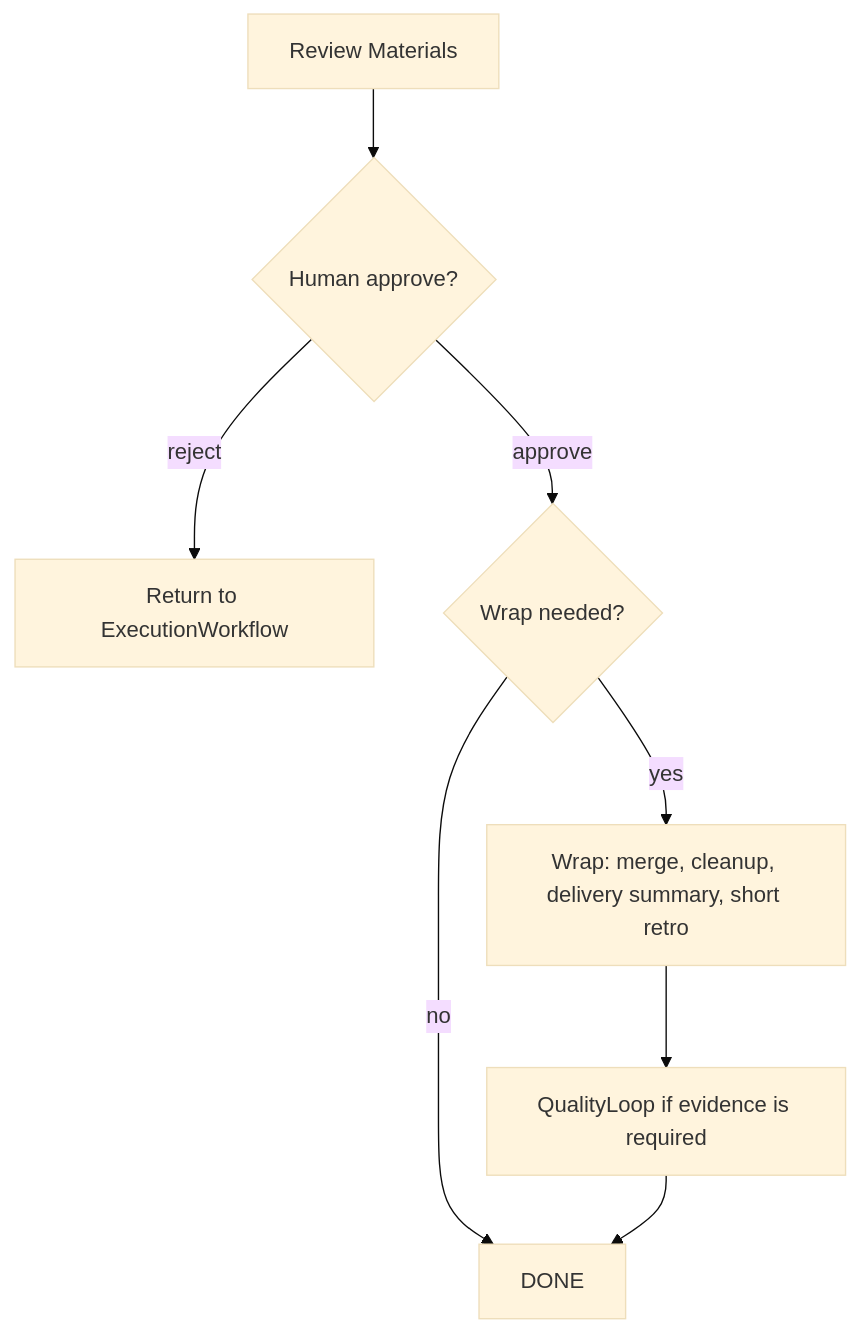
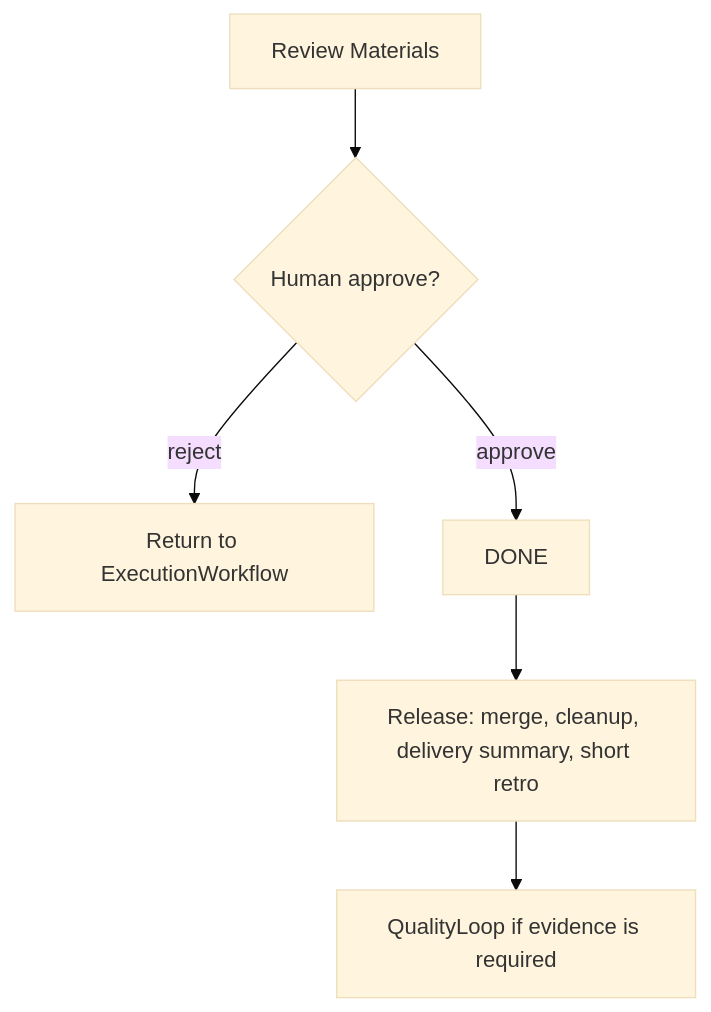
The eighth of 10 diagrams in docs/grimo/references/grimo-agent-workflow-definition.md (samzhu/grimoAPP), drawn with Mermaid (base theme) before and after one commit. The commit also changed other lines of this file and 26 other files, not shown here.

````diff
--- a/docs/grimo/references/grimo-agent-workflow-definition.md
+++ b/docs/grimo/references/grimo-agent-workflow-definition.md
@@ -291,10 +305,8 @@
 ```mermaid
 flowchart TD
   Materials["Review Materials"] --> HumanGate{"Human approve?"}
   HumanGate -- "reject" --> FixPath["Return to ExecutionWorkflow"]
-  HumanGate -- "approve" --> WrapNeeded{"Wrap needed?"}
-  WrapNeeded -- "no" --> Done["DONE"]
-  WrapNeeded -- "yes" --> Wrap["Wrap: merge, cleanup, delivery summary, short retro"]
-  Wrap --> WrapQL["QualityLoop if evidence is required"]
-  WrapQL --> Done
+  HumanGate -- "approve" --> Done["DONE"]
+  Done --> Release["Release: merge, cleanup, delivery summary, short retro"]
+  Release --> ReleaseQL["QualityLoop if evidence is required"]
 ```
````
